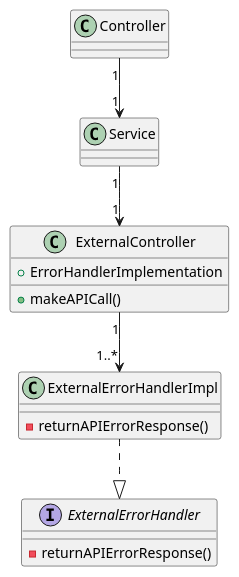
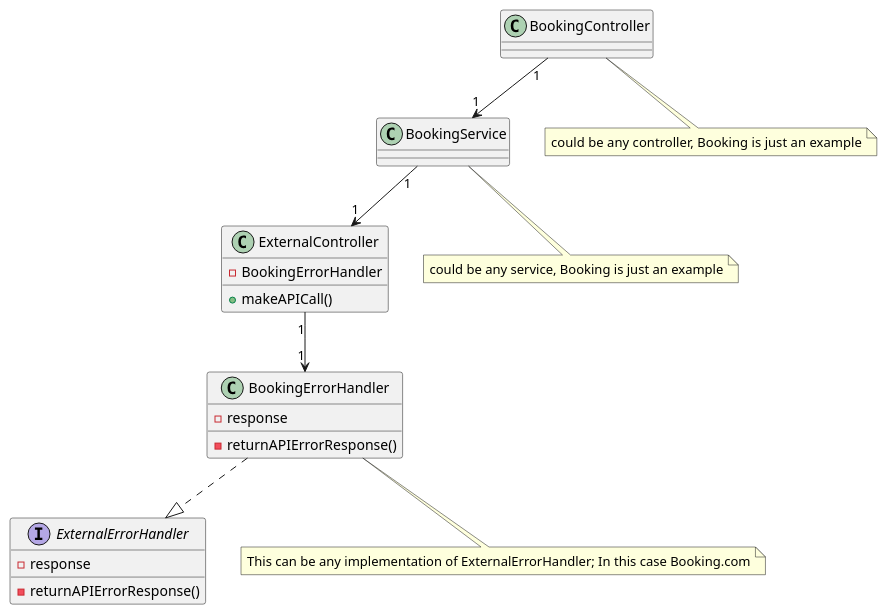
The diagram in Les-Opdrachten/Week-2/Les-3/Class Diagram.puml (AIM-ENE-feb25/triptop-groep-b1), drawn with PlantUML before and after one commit.

Commit message:
Update Class Diagram.puml

```diff
--- a/Les-Opdrachten/Week-2/Les-3/Class Diagram.puml
+++ b/Les-Opdrachten/Week-2/Les-3/Class Diagram.puml
@@ -1,30 +1,39 @@
 @startuml
 
-class Controller{
+class BookingController{
 
 }
 
-class Service{
+class BookingService{
 
 }
 
 class ExternalController{
-+ ErrorHandlerImplementation
+- BookingErrorHandler
 + makeAPICall()
 }
 
 interface ExternalErrorHandler{
+- response
 - returnAPIErrorResponse()
 }
 
-class ExternalErrorHandlerImpl{
+class BookingErrorHandler{
 - returnAPIErrorResponse()
+- response
 }
+note "This can be any implementation of ExternalErrorHandler; In this case Booking.com" as N1
 
-Controller "1" --> "1" Service
-Service "1" --> "1" ExternalController
+BookingErrorHandler -- N1
+BookingController "1" --> "1" BookingService
+BookingService "1" --> "1" ExternalController
 
-ExternalController "1" --> "1..*" ExternalErrorHandlerImpl
-ExternalErrorHandlerImpl ..|> ExternalErrorHandler
+ExternalController "1" --> "1" BookingErrorHandler
+BookingErrorHandler ..|> ExternalErrorHandler
+
+note "could be any service, Booking is just an example" as N2
+BookingService -- N2
+note "could be any controller, Booking is just an example" as N3
+BookingController -- N3
 
 @enduml
```
